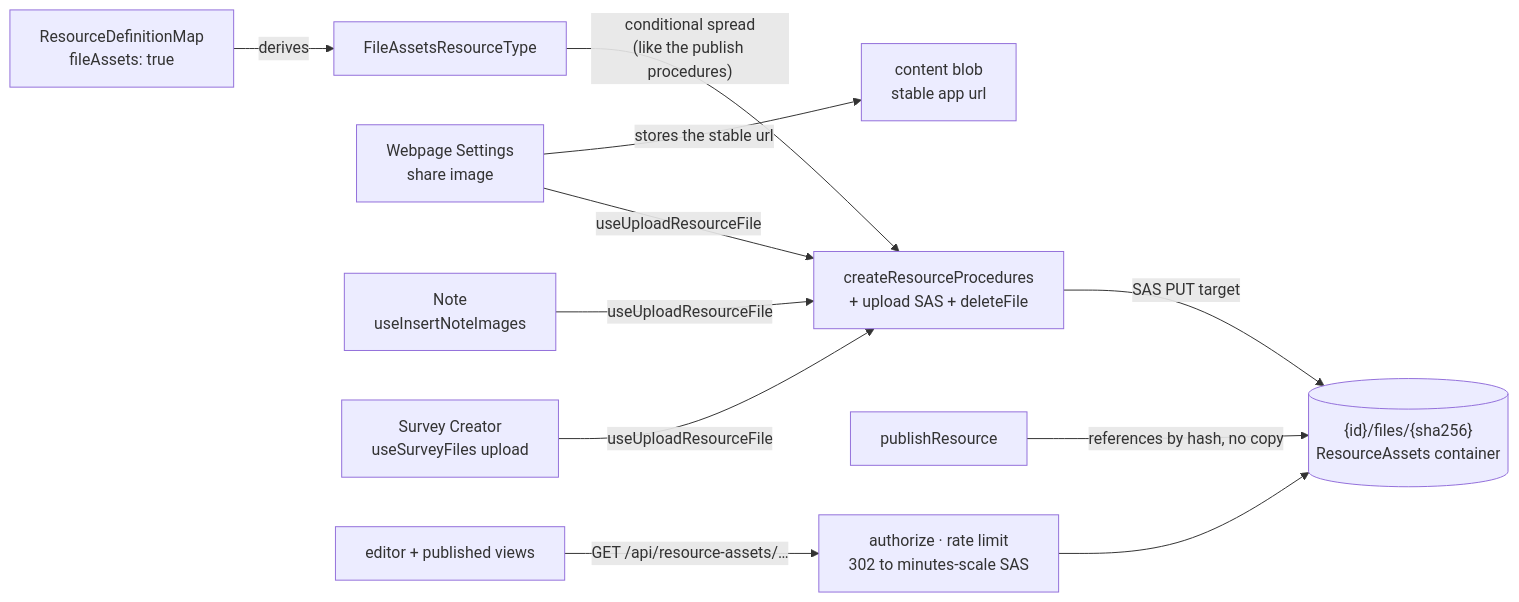
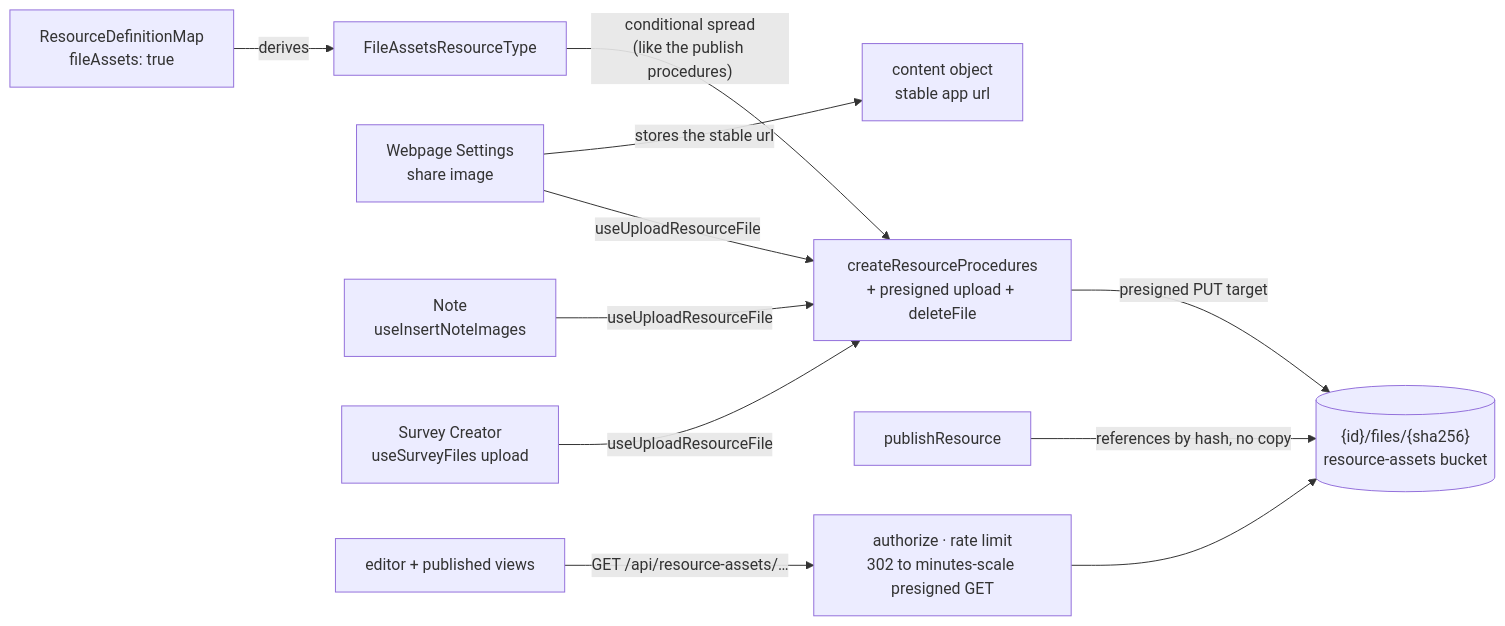
Before and after one commit to Esposter/Esposter: the diagram in openspec/specs/resource/resource-file-assets/design.md, drawn with Mermaid. The commit also changed other lines of this file and 5 other files, not shown here.

````diff
--- a/openspec/specs/resource/resource-file-assets/design.md
+++ b/openspec/specs/resource/resource-file-assets/design.md
@@ -11,13 +11,13 @@
 ```mermaid
 flowchart LR
   DEF["ResourceDefinitionMap<br/>fileAssets: true"] -->|derives| UNION["FileAssetsResourceType"]
-  UNION -->|"conditional spread<br/>(like the publish procedures)"| FACTORY["createResourceProcedures<br/>+ upload SAS + deleteFile"]
+  UNION -->|"conditional spread<br/>(like the publish procedures)"| FACTORY["createResourceProcedures<br/>+ presigned upload + deleteFile"]
   WS["Webpage Settings<br/>share image"] -->|"useUploadResourceFile"| FACTORY
   NOTE["Note<br/>useInsertNoteImages"] -->|useUploadResourceFile| FACTORY
   CREATOR["Survey Creator<br/>useSurveyFiles upload"] -->|useUploadResourceFile| FACTORY
-  FACTORY -->|SAS PUT target| BLOB[("{id}/files/{sha256}<br/>ResourceAssets container")]
-  WS -->|"stores the stable url"| CANVAS["content blob<br/>stable app url"]
-  PUB["publishResource"] -->|"references by hash, no copy"| BLOB
-  VIEW["editor + published views"] -->|"GET /api/resource-assets/…"| EP["authorize · rate limit<br/>302 to minutes-scale SAS"]
-  EP --> BLOB
+  FACTORY -->|presigned PUT target| OBJ[("{id}/files/{sha256}<br/>resource-assets bucket")]
+  WS -->|"stores the stable url"| CANVAS["content object<br/>stable app url"]
+  PUB["publishResource"] -->|"references by hash, no copy"| OBJ
+  VIEW["editor + published views"] -->|"GET /api/resource-assets/…"| EP["authorize · rate limit<br/>302 to minutes-scale presigned GET"]
+  EP --> OBJ
 ```
````
